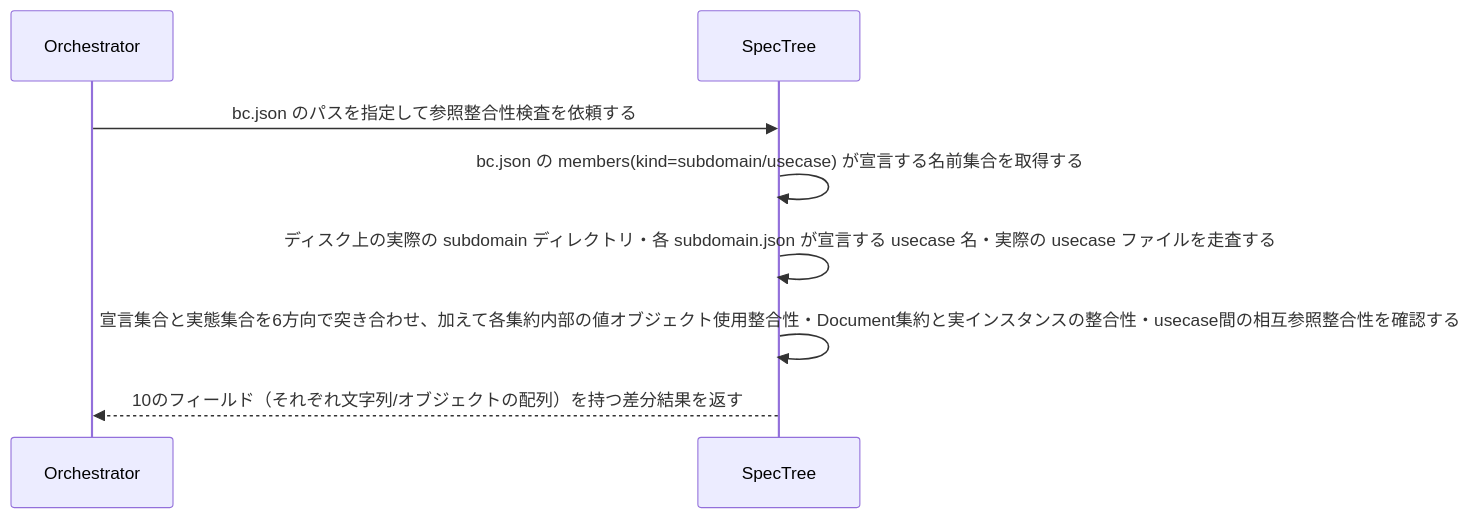
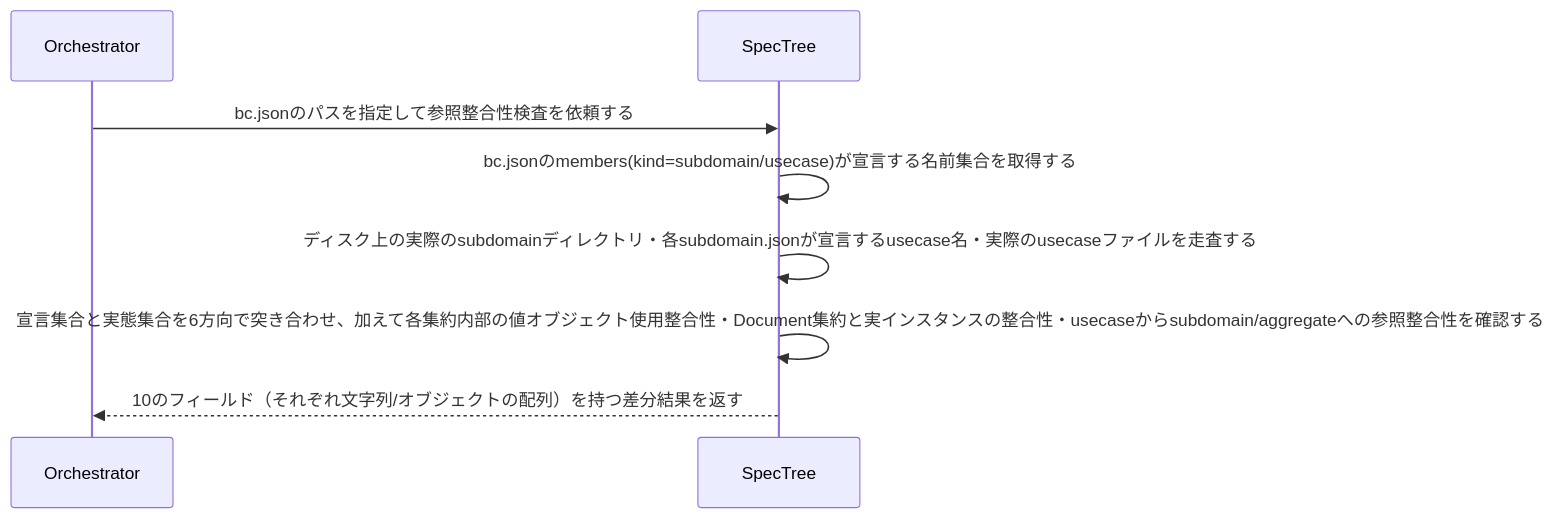
Before and after one commit to daidaiiro-519/waffle: the diagram in .waffle/specs/bc-waffle/subdomain/sd-reconciliation/usecase/uc-check-spec-integrity.md, drawn with Mermaid. The commit also changed other lines of this file and 30 other files, not shown here.

First line of the commit message:
DomainSpecSchema/v3を新設し、usecaseに存在意義(rationale)ブロックを追加

````diff
--- a/.waffle/specs/bc-waffle/subdomain/sd-reconciliation/usecase/uc-check-spec-integrity.md
+++ b/.waffle/specs/bc-waffle/subdomain/sd-reconciliation/usecase/uc-check-spec-integrity.md
@@ -27,8 +39,8 @@
 ```mermaid
 sequenceDiagram
-    Orchestrator->>SpecTree: bc.json のパスを指定して参照整合性検査を依頼する
-    SpecTree->>SpecTree: bc.json の members(kind=subdomain/usecase) が宣言する名前集合を取得する
-    SpecTree->>SpecTree: ディスク上の実際の subdomain ディレクトリ・各 subdomain.json が宣言する usecase 名・実際の usecase ファイルを走査する
-    SpecTree->>SpecTree: 宣言集合と実態集合を6方向で突き合わせ、加えて各集約内部の値オブジェクト使用整合性・Document集約と実インスタンスの整合性・usecase間の相互参照整合性を確認する
+    Orchestrator->>SpecTree: bc.jsonのパスを指定して参照整合性検査を依頼する
+    SpecTree->>SpecTree: bc.jsonのmembers(kind=subdomain/usecase)が宣言する名前集合を取得する
+    SpecTree->>SpecTree: ディスク上の実際のsubdomainディレクトリ・各subdomain.jsonが宣言するusecase名・実際のusecaseファイルを走査する
+    SpecTree->>SpecTree: 宣言集合と実態集合を6方向で突き合わせ、加えて各集約内部の値オブジェクト使用整合性・Document集約と実インスタンスの整合性・usecaseからsubdomain/aggregateへの参照整合性を確認する
     SpecTree-->>Orchestrator: 10のフィールド（それぞれ文字列/オブジェクトの配列）を持つ差分結果を返す
 ```
````
